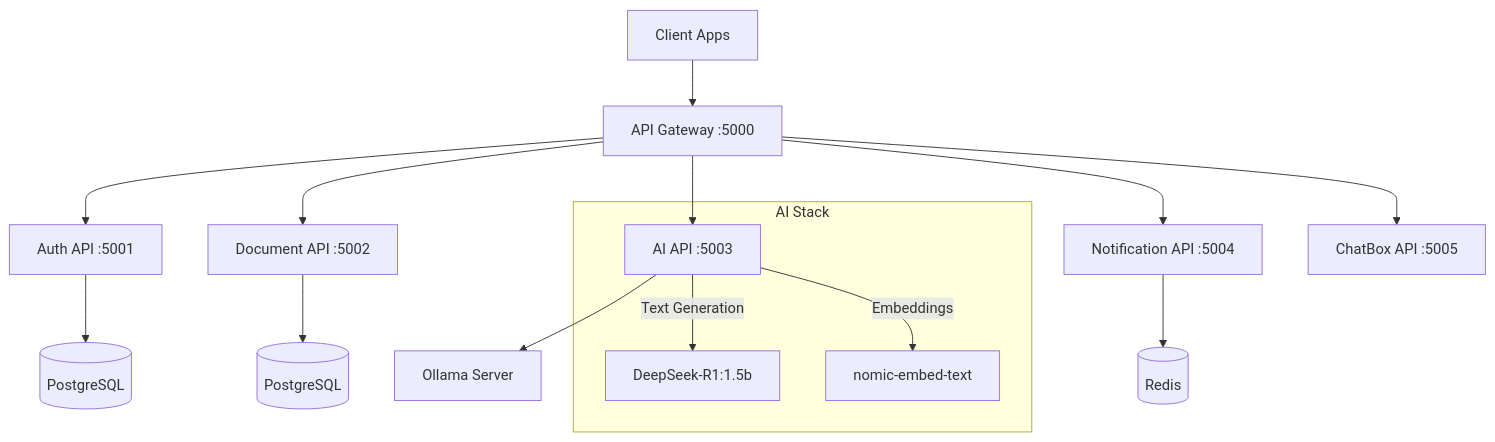
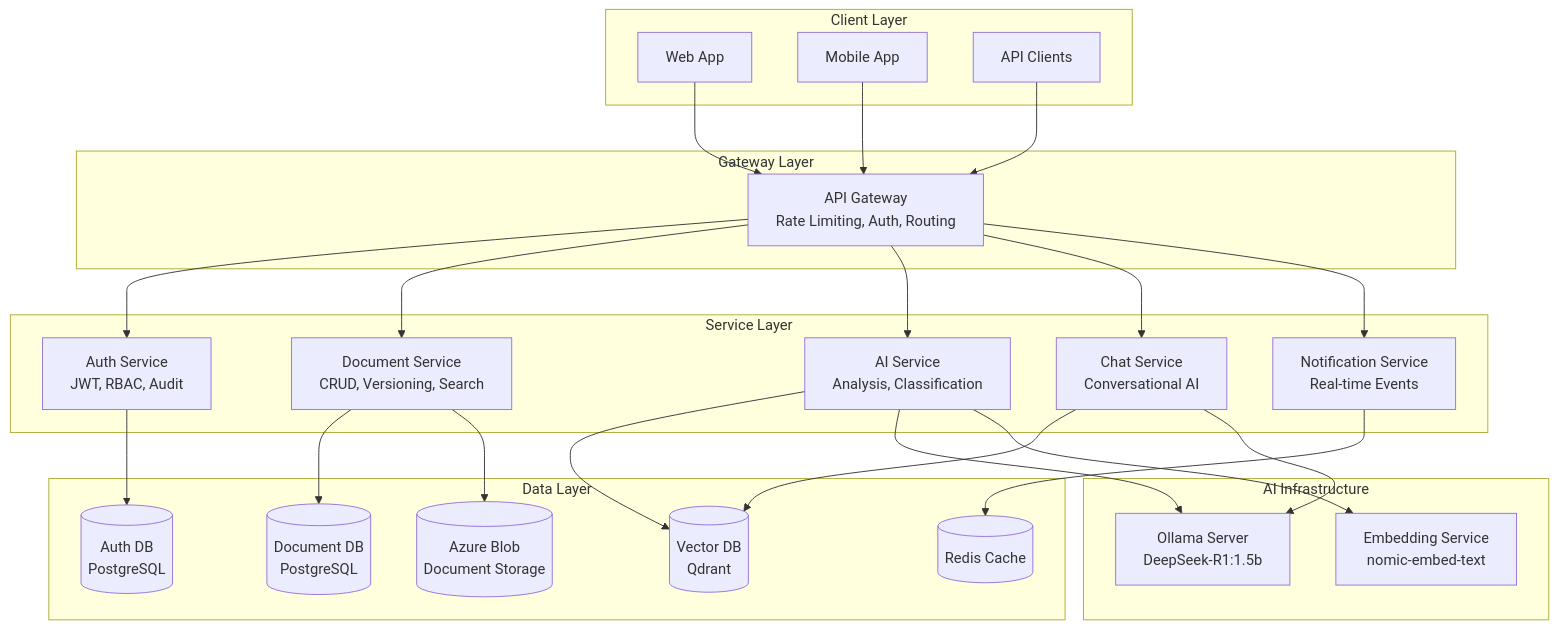
Before and after one commit to DocAI-DocumentAI/DocAI_KingOfBE: the first of 2 diagrams in README.md, drawn with Mermaid. The commit also changed other lines of this file, not shown here.

````diff
--- a/README.md
+++ b/README.md
@@ -43,20 +48,53 @@
 ```mermaid
 graph TB
-    Client[Client Apps] --> Gateway[API Gateway :5000]
+    subgraph "Client Layer"
+        Web[Web App]
+        Mobile[Mobile App]
+        API_Client[API Clients]
+    end
 
-    Gateway --> Auth[Auth API :5001]
-    Gateway --> Doc[Document API :5002]
-    Gateway --> AI[AI API :5003]
-    Gateway --> Notify[Notification API :5004]
-    Gateway --> Chat[ChatBox API :5005]
+    subgraph "Gateway Layer"
+        Gateway[API Gateway<br/>Rate Limiting, Auth, Routing]
+    end
 
-    Auth --> AuthDB[(PostgreSQL)]
-    Doc --> DocDB[(PostgreSQL)]
-    AI --> Ollama[Ollama Server]
-    Notify --> Redis[(Redis)]
+    subgraph "Service Layer"
+        Auth[Auth Service<br/>JWT, RBAC, Audit]
+        Doc[Document Service<br/>CRUD, Versioning, Search]
+        AI[AI Service<br/>Analysis, Classification]
+        Chat[Chat Service<br/>Conversational AI]
+        Notify[Notification Service<br/>Real-time Events]
+    end
 
-    subgraph "AI Stack"
-        AI --> |Text Generation| DeepSeek[DeepSeek-R1:1.5b]
-        AI --> |Embeddings| Nomic[nomic-embed-text]
+    subgraph "Data Layer"
+        AuthDB[(Auth DB<br/>PostgreSQL)]
+        DocDB[(Document DB<br/>PostgreSQL)]
+        VectorDB[(Vector DB<br/>Qdrant)]
+        Cache[(Redis Cache)]
+        Storage[(Azure Blob<br/>Document Storage)]
     end
+
+    subgraph "AI Infrastructure"
+        Ollama[Ollama Server<br/>DeepSeek-R1:1.5b]
+        Embedding[Embedding Service<br/>nomic-embed-text]
+    end
+
+    Web --> Gateway
+    Mobile --> Gateway
+    API_Client --> Gateway
+
+    Gateway --> Auth
+    Gateway --> Doc
+    Gateway --> AI
+    Gateway --> Chat
+    Gateway --> Notify
+
+    Auth --> AuthDB
+    Doc --> DocDB
+    Doc --> Storage
+    AI --> VectorDB
+    AI --> Ollama
+    AI --> Embedding
+    Chat --> VectorDB
+    Chat --> Ollama
+    Notify --> Cache
 ```
````
